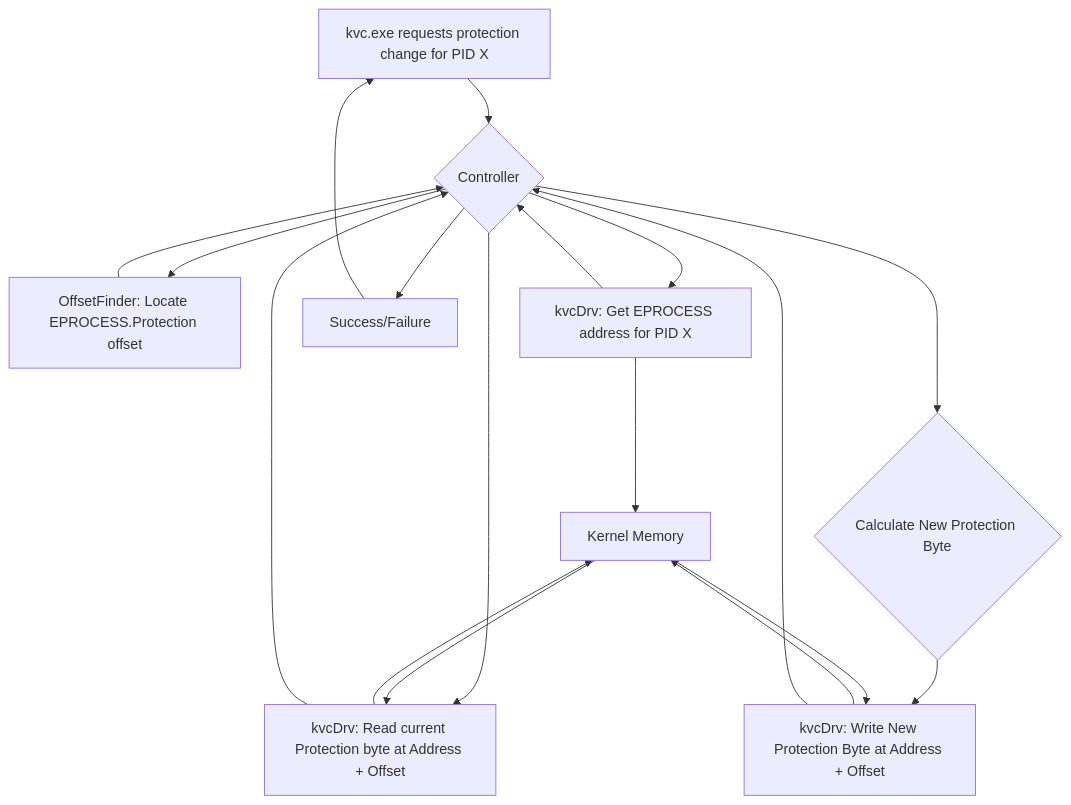
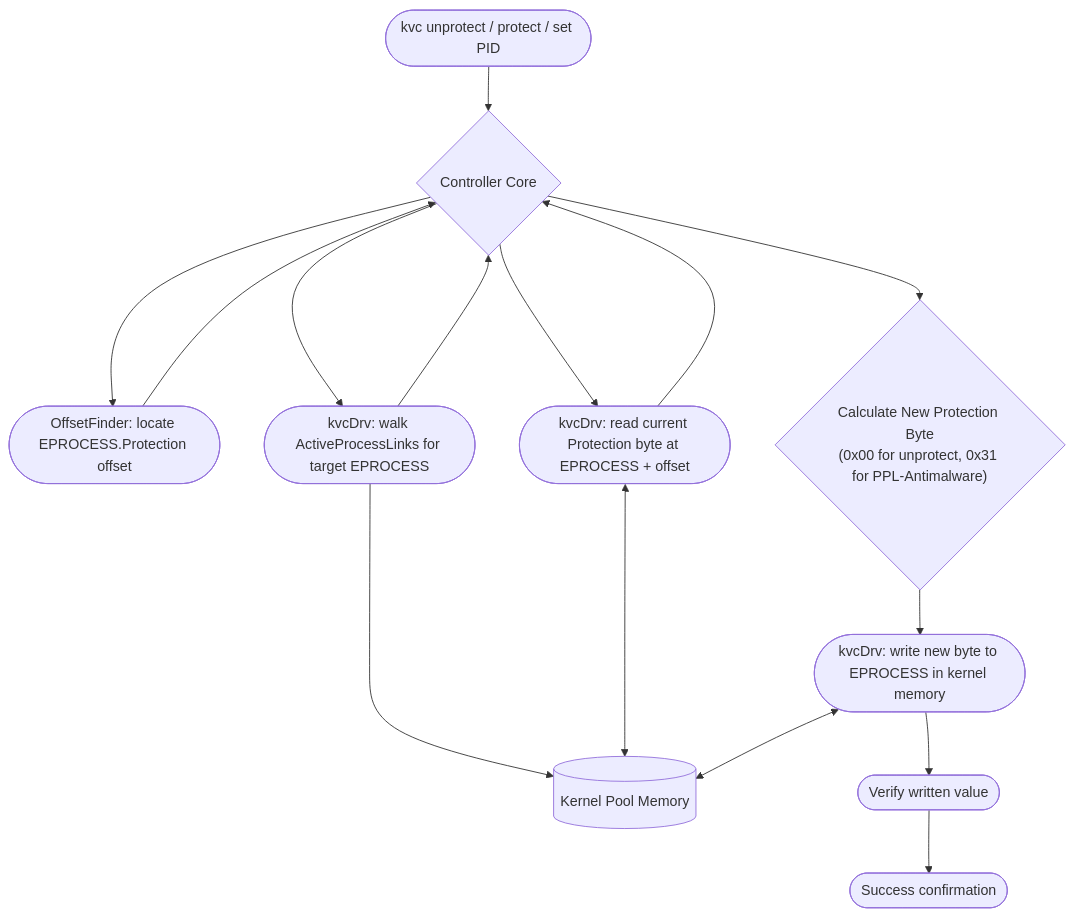
Before and after one commit to wesmar/kvc: the fourth of 13 diagrams in README.md, drawn with Mermaid. The commit also changed other lines of this file, not shown here.

Commit message:
Docs: Revamp architecture, dual-driver PPL ladder, ForceIO minifilter bypass and Mermaid diagrams

````diff
--- a/README.md
+++ b/README.md
@@ -1489,20 +1737,17 @@
 ```mermaid
-graph TD
-    A[kvc.exe requests protection change for PID X] --> B{Controller};
-    B --> C[OffsetFinder: Locate EPROCESS.Protection offset];
-    B --> D[kvcDrv: Get EPROCESS address for PID X];
-    D --> E[Kernel Memory];
-    C --> B;
-    D --> B;
-    B --> F[kvcDrv: Read current Protection byte at Address + Offset];
-    F --> E;
-    E --> F;
-    F --> B;
-    B --> G{Calculate New Protection Byte};
-    G --> H[kvcDrv: Write New Protection Byte at Address + Offset];
-    H --> E;
-    E --> H;
-    H --> B;
-    B --> I[Success/Failure];
-    I --> A;
+flowchart TD
+    A(["kvc unprotect / protect / set PID"]) --> B{"Controller Core"}
+    B --> C(["OffsetFinder: locate EPROCESS.Protection offset"])
+    B --> D(["kvcDrv: walk ActiveProcessLinks for target EPROCESS"])
+    D --> E[("Kernel Pool Memory")]
+    C --> B
+    D --> B
+    B --> F(["kvcDrv: read current Protection byte at EPROCESS + offset"])
+    F <--> E
+    F --> B
+    B --> G{"Calculate New Protection Byte<br/>(0x00 for unprotect, 0x31 for PPL-Antimalware)"}
+    G --> H(["kvcDrv: write new byte to EPROCESS in kernel memory"])
+    H <--> E
+    H --> I(["Verify written value"])
+    I --> J(["Success confirmation"])
 ```
````
